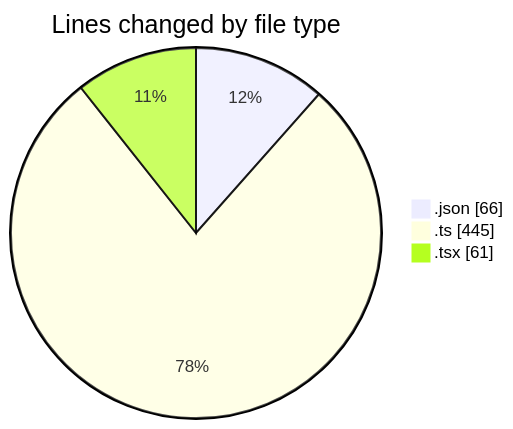
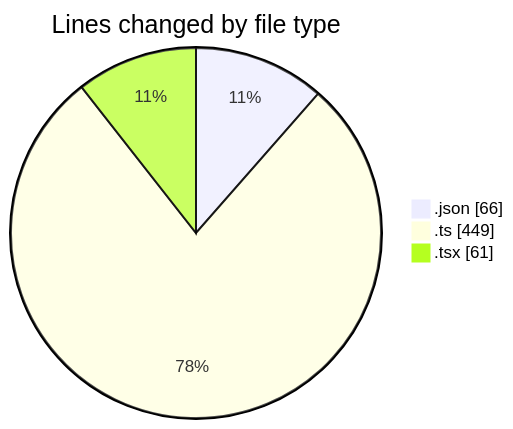
The first of 2 diagrams in 2025-05-09/cda/README.md (momahboobian/code-tracking), drawn with Mermaid before and after one commit. The commit also changed other lines of this file and 1 other file, not shown here.

````diff
--- a/2025-05-09/cda/README.md
+++ b/2025-05-09/cda/README.md
@@ -23,7 +23,7 @@
 ```mermaid
 pie showData
 title Lines changed by file type
 ".json" : 66
-".ts" : 445
+".ts" : 449
 ".tsx" : 61
 ```
````
